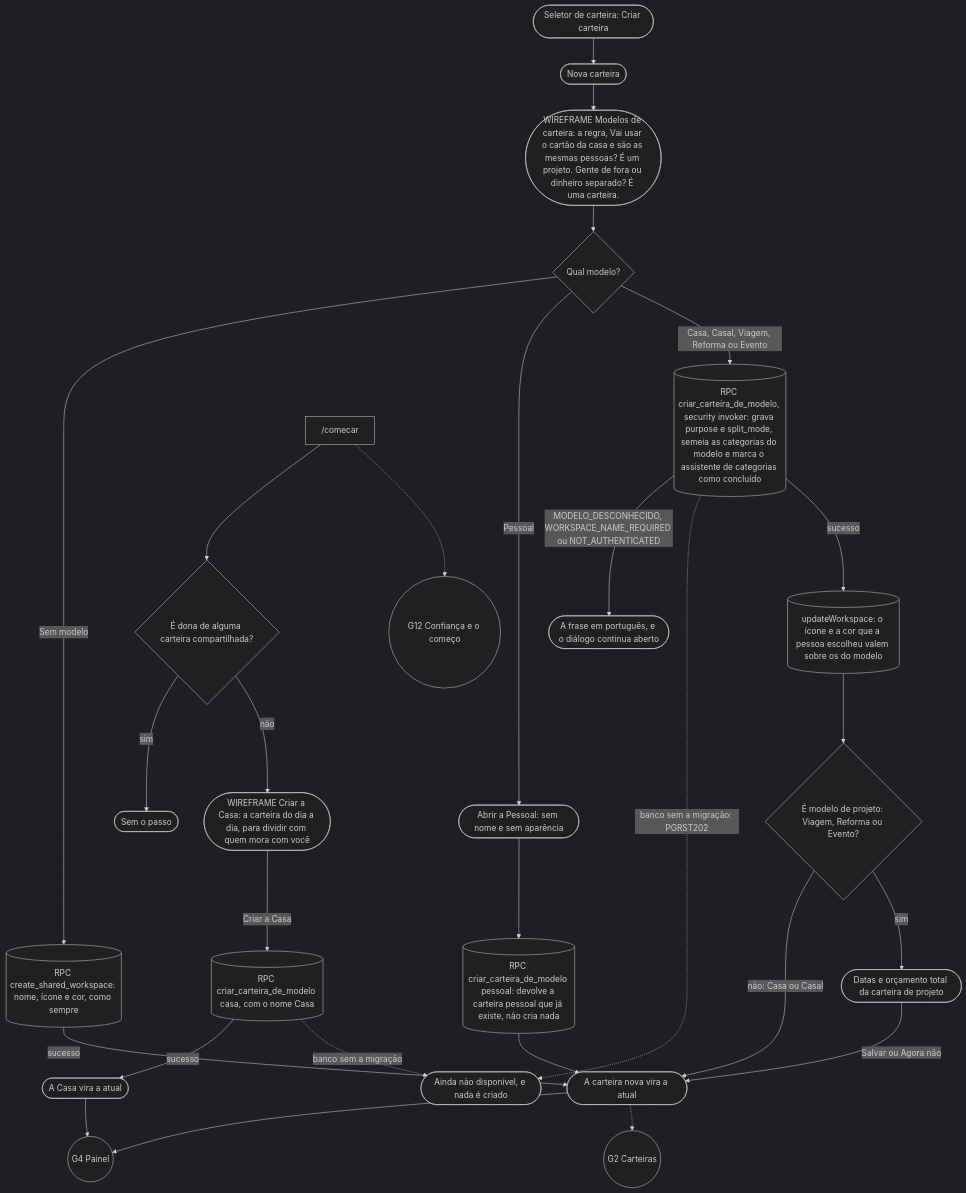
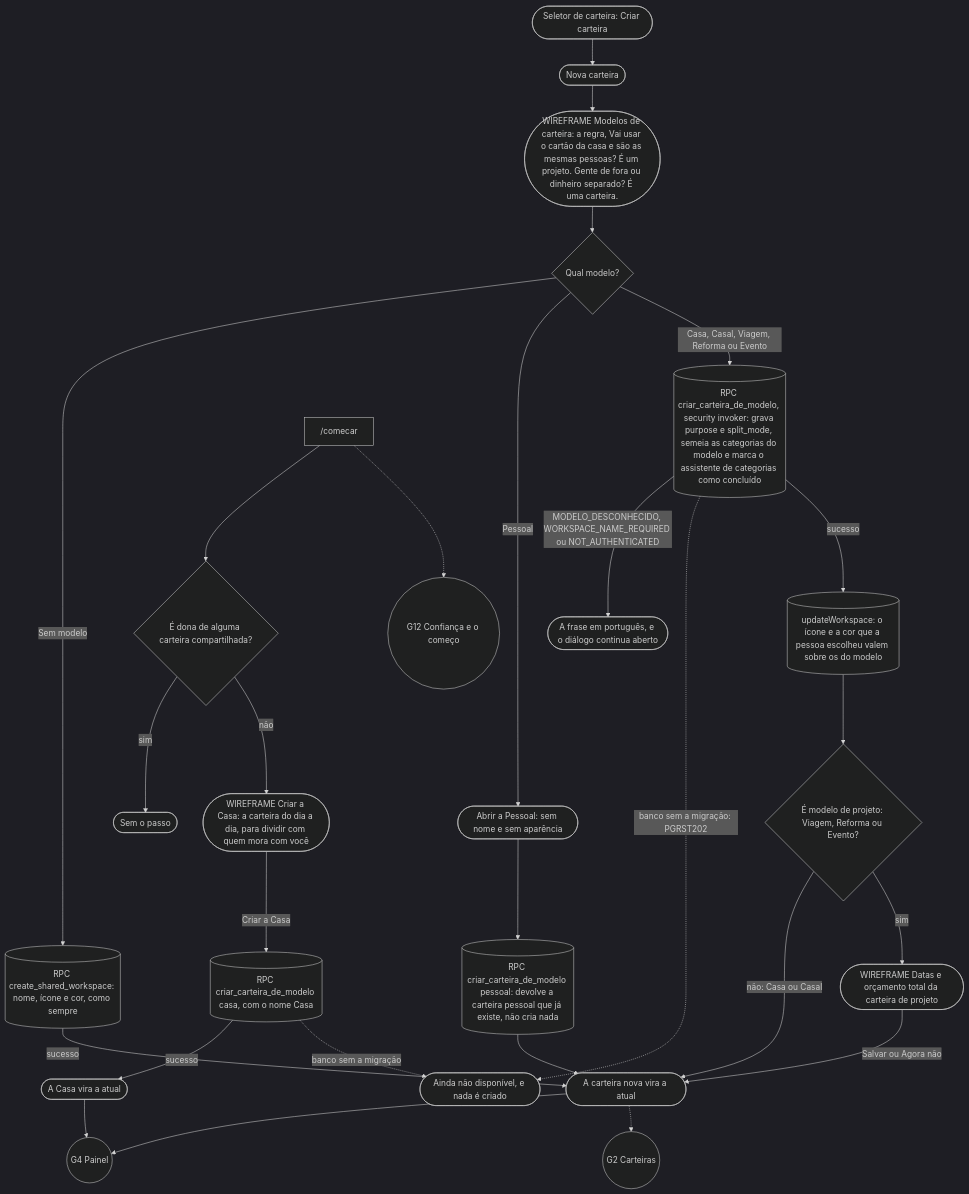
Before and after one commit to kauax2000/finance_app: diagram 26 of 31 in docs/JORNADAS.md, drawn with Mermaid. The commit also changed other lines of this file and 49 other files, not shown here.

````diff
--- a/docs/JORNADAS.md
+++ b/docs/JORNADAS.md
@@ -1827,31 +1825,31 @@
 ```mermaid
 %%{init: {"theme": "dark"}}%%
 flowchart TD
     switcher(["Seletor de carteira: Criar carteira"]) --> dlg(["Nova carteira"])
     dlg --> regra(["WIREFRAME Modelos de carteira: a regra, Vai usar o cartão da casa e são as mesmas pessoas? É um projeto. Gente de fora ou dinheiro separado? É uma carteira."])
     regra --> escolha{"Qual modelo?"}
     escolha -->|"Sem modelo"| semModelo[("RPC create_shared_workspace: nome, ícone e cor, como sempre")]
     escolha -->|"Pessoal"| pessoal(["Abrir a Pessoal: sem nome e sem aparência"])
     pessoal --> pessoalRpc[("RPC criar_carteira_de_modelo pessoal: devolve a carteira pessoal que já existe, não cria nada")]
     escolha -->|"Casa, Casal, Viagem, Reforma ou Evento"| modeloRpc[("RPC criar_carteira_de_modelo, security invoker: grava purpose e split_mode, semeia as categorias do modelo e marca o assistente de categorias como concluído")]
     modeloRpc -->|"MODELO_DESCONHECIDO, WORKSPACE_NAME_REQUIRED ou NOT_AUTHENTICATED"| erro(["A frase em português, e o diálogo continua aberto"])
     modeloRpc -.->|"banco sem a migração: PGRST202"| indisp(["Ainda não disponível, e nada é criado"])
     modeloRpc -->|"sucesso"| aparencia[("updateWorkspace: o ícone e a cor que a pessoa escolheu valem sobre os do modelo")]
     aparencia --> tipo{"É modelo de projeto: Viagem, Reforma ou Evento?"}
     tipo -->|"não: Casa ou Casal"| nova(["A carteira nova vira a atual"])
-    tipo -->|"sim"| datas(["Datas e orçamento total da carteira de projeto"])
+    tipo -->|"sim"| datas(["WIREFRAME Datas e orçamento total da carteira de projeto"])
     datas -->|"Salvar ou Agora não"| nova
     semModelo -->|"sucesso"| nova
     pessoalRpc --> nova
     nova --> G4(("G4 Painel"))
     nova -.-> G2(("G2 Carteiras"))
 
     comecar["/comecar"] --> dona{"É dona de alguma carteira compartilhada?"}
     dona -->|"sim"| semPasso(["Sem o passo"])
     dona -->|"não"| casa(["WIREFRAME Criar a Casa: a carteira do dia a dia, para dividir com quem mora com você"])
     casa -->|"Criar a Casa"| casaRpc[("RPC criar_carteira_de_modelo casa, com o nome Casa")]
     casaRpc -->|"sucesso"| troca(["A Casa vira a atual"])
     casaRpc -.->|"banco sem a migração"| indisp
     troca --> G4
     comecar -.-> G12(("G12 Confiança e o começo"))
 ```
````
